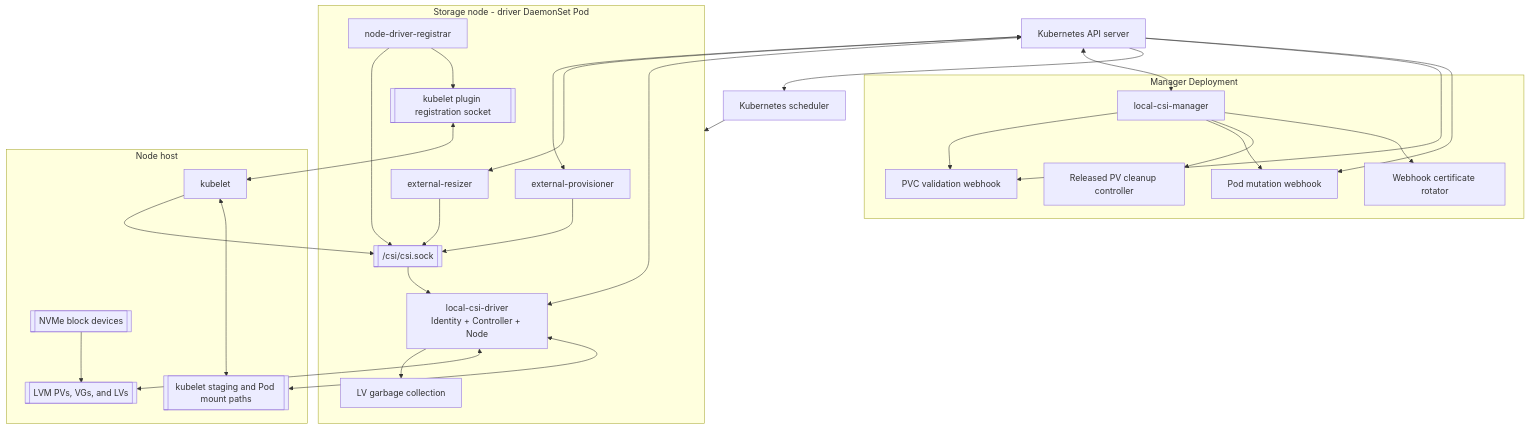
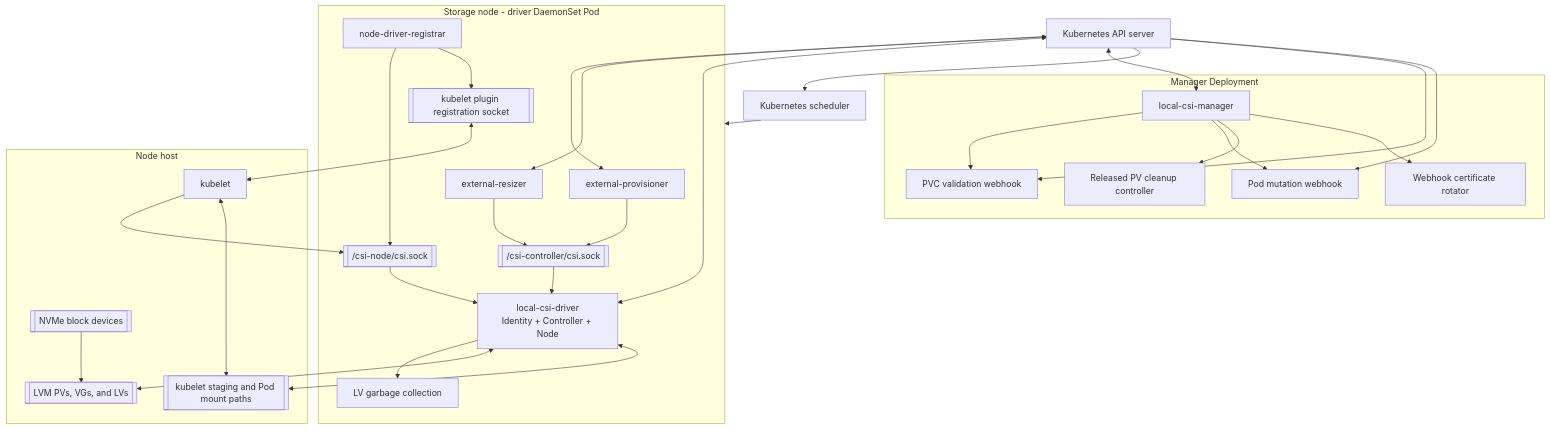
The first of 6 diagrams in docs/architecture.md (Azure/local-csi-driver), drawn with Mermaid before and after one commit. The commit also changed other lines of this file and 6 other files, not shown here.

First line of the commit message:
fix(csi): separate controller and node sockets (#692)

````diff
--- a/docs/architecture.md
+++ b/docs/architecture.md
@@ -31,58 +31,60 @@
 ```mermaid
 flowchart TB
     api["Kubernetes API server"]
     scheduler["Kubernetes scheduler"]
 
     subgraph managerZone["Manager Deployment"]
         manager["local-csi-manager"]
         validation["PVC validation webhook"]
         mutation["Pod mutation webhook"]
         pvCleanup["Released PV cleanup controller"]
         certs["Webhook certificate rotator"]
 
         manager --> validation
         manager --> mutation
         manager --> pvCleanup
         manager --> certs
     end
 
     subgraph nodeZone["Storage node - driver DaemonSet Pod"]
         provisioner["external-provisioner"]
         resizer["external-resizer"]
         registrar["node-driver-registrar"]
         driver["local-csi-driver<br/>Identity + Controller + Node"]
         gc["LV garbage collection"]
-        csiSocket[["/csi/csi.sock"]]
+        csiSocket[["/csi-node/csi.sock"]]
+        controllerSocket[["/csi-controller/csi.sock"]]
         registrationSocket[["kubelet plugin registration socket"]]
 
-        provisioner --> csiSocket
-        resizer --> csiSocket
+        provisioner --> controllerSocket
+        resizer --> controllerSocket
         registrar --> csiSocket
         csiSocket --> driver
+        controllerSocket --> driver
         driver --> gc
         registrar --> registrationSocket
     end
 
     subgraph hostZone["Node host"]
         kubelet["kubelet"]
         devices[["NVMe block devices"]]
         lvm[["LVM PVs, VGs, and LVs"]]
         mounts[["kubelet staging and Pod mount paths"]]
 
         devices --> lvm
     end
 
     api <--> provisioner
     api <--> resizer
     api <--> driver
     api <--> manager
     api --> scheduler
     api --> validation
     api --> mutation
     registrationSocket <--> kubelet
     kubelet --> csiSocket
     driver <--> lvm
     driver <--> mounts
     kubelet <--> mounts
     scheduler --> nodeZone
 ```
````
